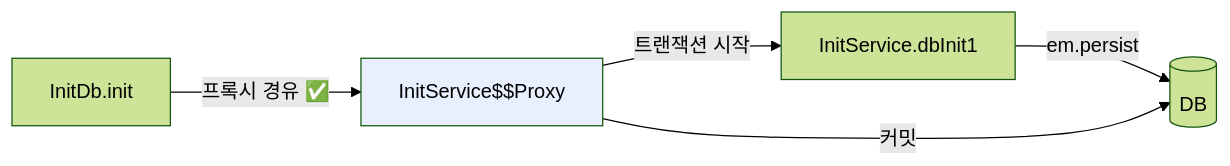
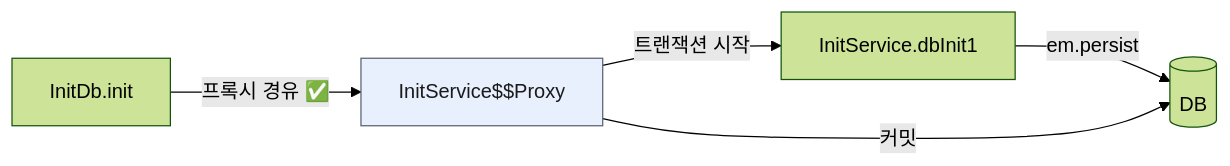
Before and after one commit to titianfall/JPA: the first of 2 diagrams in study/docs/SpringBootJPA/활용2/2. API 개발 고급 - 준비.md, drawn with Mermaid (forest theme). The commit also changed other lines of this file and 24 other files, not shown here.

````diff
--- a/study/docs/SpringBootJPA/활용2/2. API 개발 고급 - 준비.md
+++ b/study/docs/SpringBootJPA/활용2/2. API 개발 고급 - 준비.md
@@ -84,8 +84,8 @@
 ```mermaid
 flowchart LR
     A[InitDb.init] -->|프록시 경유 ✅| B["InitService$$Proxy"]
     B -->|트랜잭션 시작| C[InitService.dbInit1]
     C -->|em.persist| D[(DB)]
     B -->|커밋| D
-    style B fill:#e8f0fe
+    style B fill:#e8f0fe,color:#1a1a1a,stroke:#5a6270,stroke-width:1px
 ```
````
